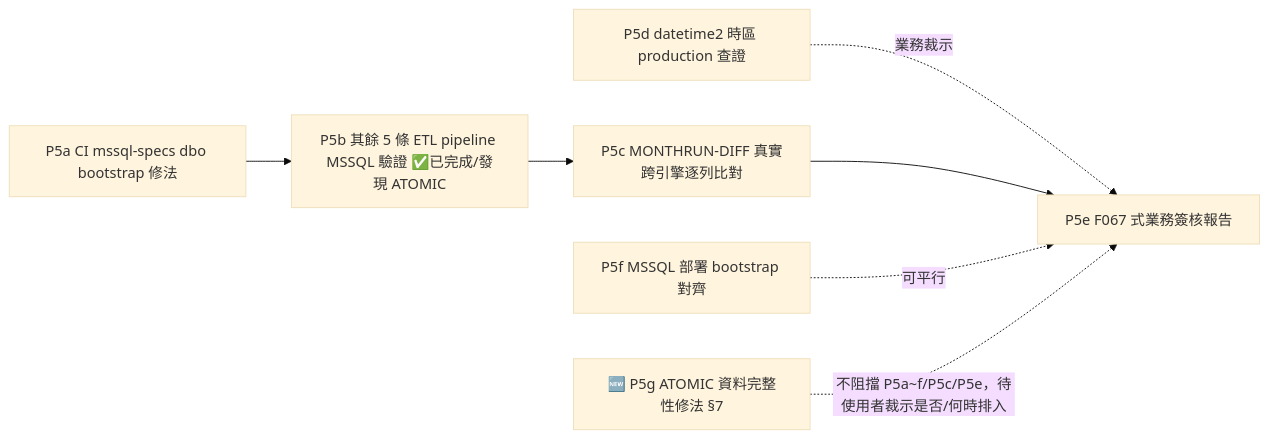
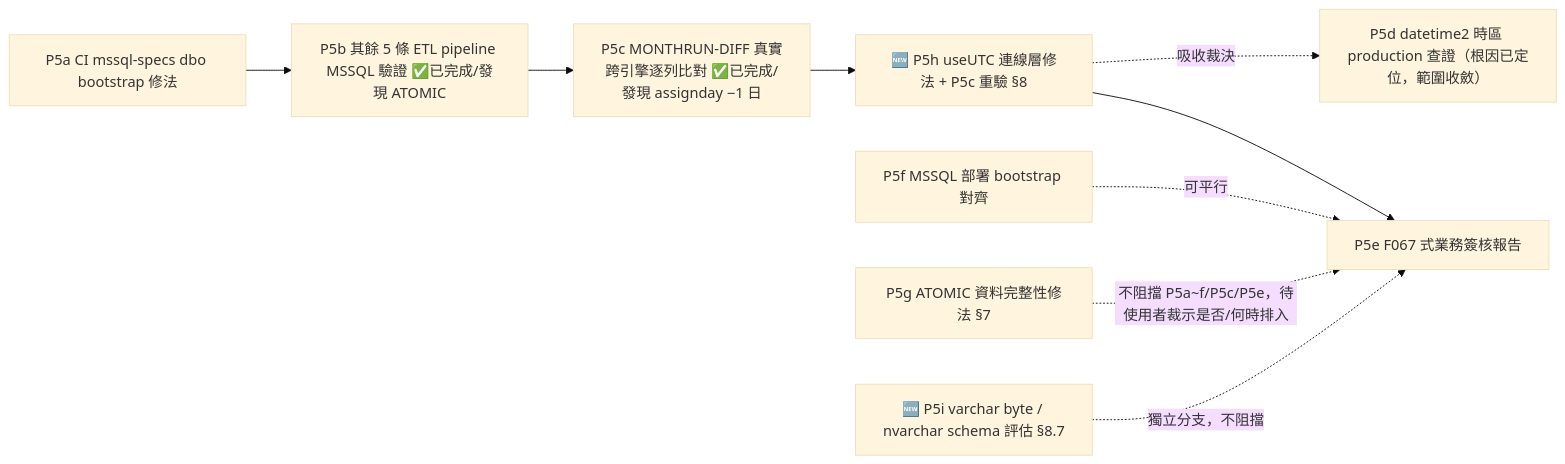
One commit to wisewhalesoft/cdmp-mvp changed the diagram in docs/specs/implementation-log/AD-E07-43-mssql-p5-ci-signoff.md. Above: the diagram before and after it, drawn with Mermaid (base theme). The commit also changed other lines of this file and 1 other file, not shown here.

First line of the commit message:
docs(mssql-migration): AD-E07-43 v1.2 — assignday −1 根因裁定 (P5h useUTC + P5i nvarchar)

````diff
--- a/docs/specs/implementation-log/AD-E07-43-mssql-p5-ci-signoff.md
+++ b/docs/specs/implementation-log/AD-E07-43-mssql-p5-ci-signoff.md
@@ -50,9 +53,11 @@
 ```mermaid
 graph LR
   P5a[P5a CI mssql-specs dbo bootstrap 修法] --> P5b[P5b 其餘 5 條 ETL pipeline MSSQL 驗證 ✅已完成/發現 ATOMIC]
-  P5b --> P5c[P5c MONTHRUN-DIFF 真實跨引擎逐列比對]
-  P5d[P5d datetime2 時區 production 查證] -.業務裁示.-> P5e
-  P5c --> P5e[P5e F067 式業務簽核報告]
+  P5b --> P5c[P5c MONTHRUN-DIFF 真實跨引擎逐列比對 ✅已完成/發現 assignday −1 日]
+  P5c --> P5h[🆕 P5h useUTC 連線層修法 + P5c 重驗 §8]
+  P5h -.吸收裁決.-> P5d[P5d datetime2 時區 production 查證（根因已定位，範圍收斂）]
+  P5h --> P5e[P5e F067 式業務簽核報告]
   P5f[P5f MSSQL 部署 bootstrap 對齊] -.可平行.-> P5e
-  P5g[🆕 P5g ATOMIC 資料完整性修法 §7] -.不阻擋 P5a~f/P5c/P5e，待使用者裁示是否/何時排入.-> P5e
+  P5g[P5g ATOMIC 資料完整性修法 §7] -.不阻擋 P5a~f/P5c/P5e，待使用者裁示是否/何時排入.-> P5e
+  P5i[🆕 P5i varchar byte / nvarchar schema 評估 §8.7] -.獨立分支，不阻擋.-> P5e
 ```
````
